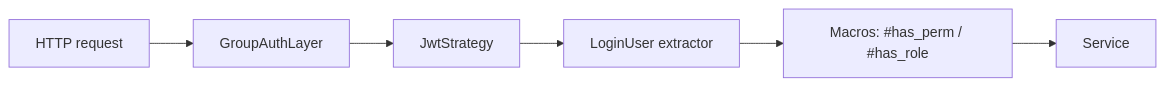
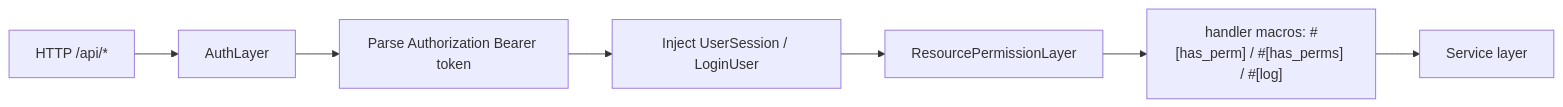
Before and after one commit to ouywm/summer-admin-site: the diagram in docs/v0.1/en/guide/core/auth.md, drawn with Mermaid. The commit also changed other lines of this file and 21 other files, not shown here.

````diff
--- a/docs/v0.1/en/guide/core/auth.md
+++ b/docs/v0.1/en/guide/core/auth.md
@@ -11,8 +43,9 @@
 ```mermaid
 flowchart LR
-    A[HTTP request] --> B[GroupAuthLayer]
-    B --> C[JwtStrategy]
-    C --> D[LoginUser extractor]
-    D --> E[Macros: #has_perm / #has_role]
-    E --> F[Service]
+    A[HTTP /api/*] --> B[AuthLayer]
+    B --> C[Parse Authorization Bearer token]
+    C --> D[Inject UserSession / LoginUser]
+    D --> E[ResourcePermissionLayer]
+    E --> F["handler macros: #[has_perm] / #[has_perms] / #[log]"]
+    F --> G[Service layer]
 ```
````
